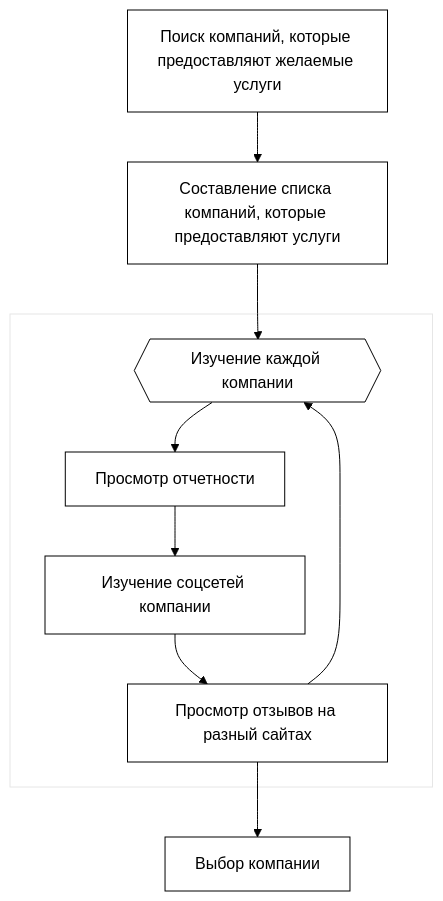
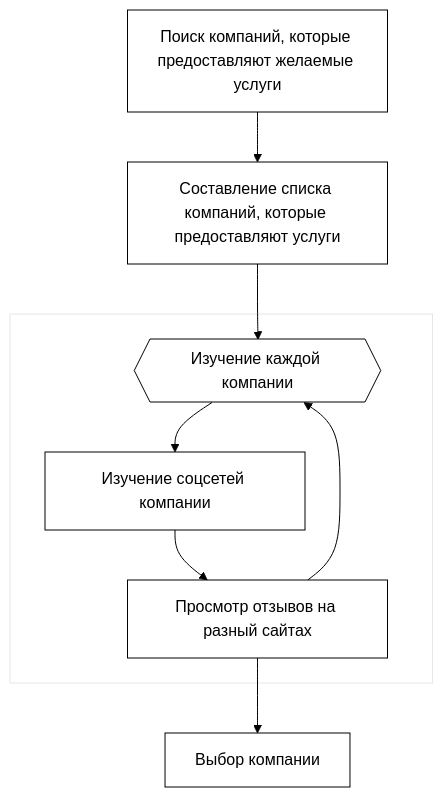
One commit to dudin-george/ESG_analysis changed the first of 10 diagrams in docs/vkr.org. Above: the diagram before and after it, drawn with Mermaid. The commit also changed other lines of this file and 10 other files, not shown here.

```diff
--- a/docs/vkr.org
+++ b/docs/vkr.org
@@ -79,25 +79,24 @@
-#+begin_src mermaid :file img/mermaid/as_is.png :results output :theme neutral
+#+begin_src mermaid :file img/mermaid/as_is.png :results output :theme neutral  :exports none
 %%{
    init: {
      "theme": 'base',
      "themeVariables": {
        "primaryColor": '#FFF',
        "primaryTextColor": '#000',
        "primaryBorderColor": '#000',
        "lineColor": '#000'
      }
    }
 }%%
 flowchart TD
     A[Поиск компаний, которые предоставляют желаемые услуги]
     A --> B[Составление списка компаний, которые предоставляют услуги]
     B --> C
     subgraph search[ ]
         C{{Изучение каждой компании}}
-        C --> D[Просмотр отчетности]
-        D --> E[Изучение соцсетей компании]
+        C --> E[Изучение соцсетей компании]
         E --> F[Просмотр отзывов на разный сайтах]
         F --> C
     end
     F --> G[Выбор компании]
 #+end_src
```
